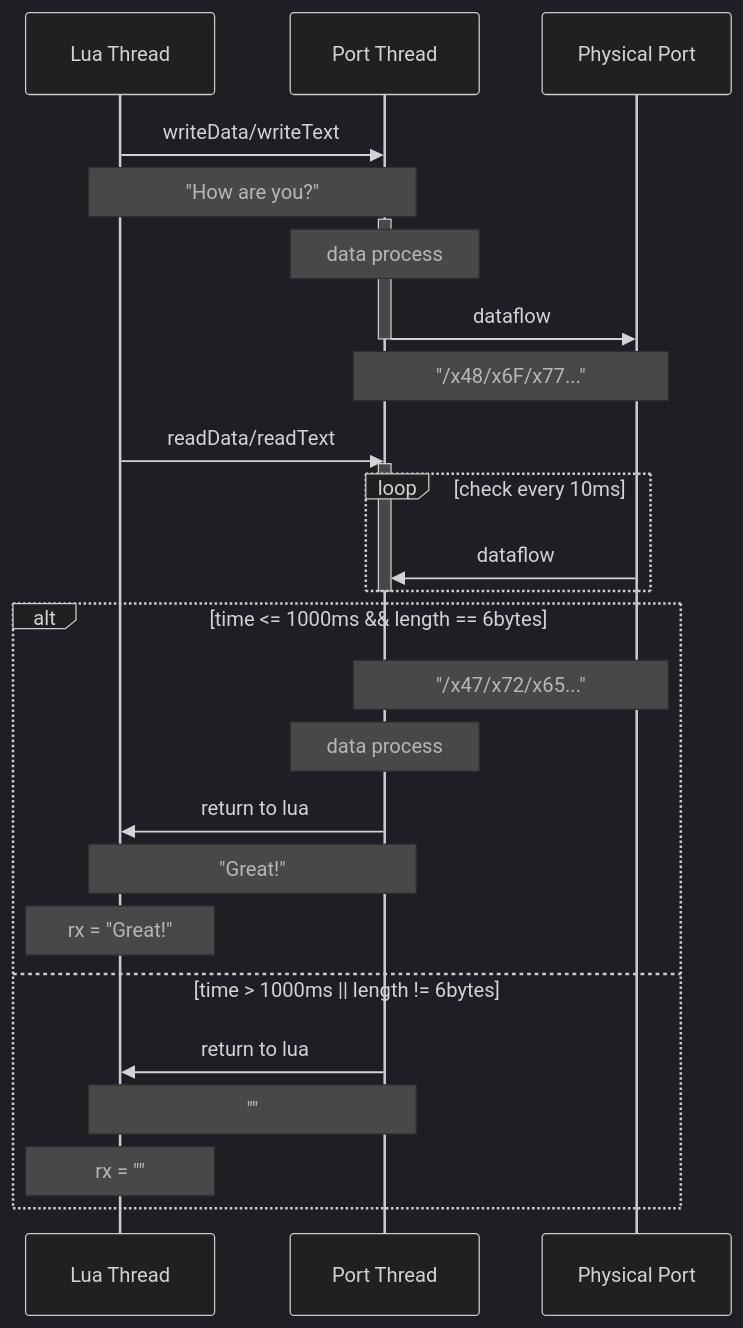
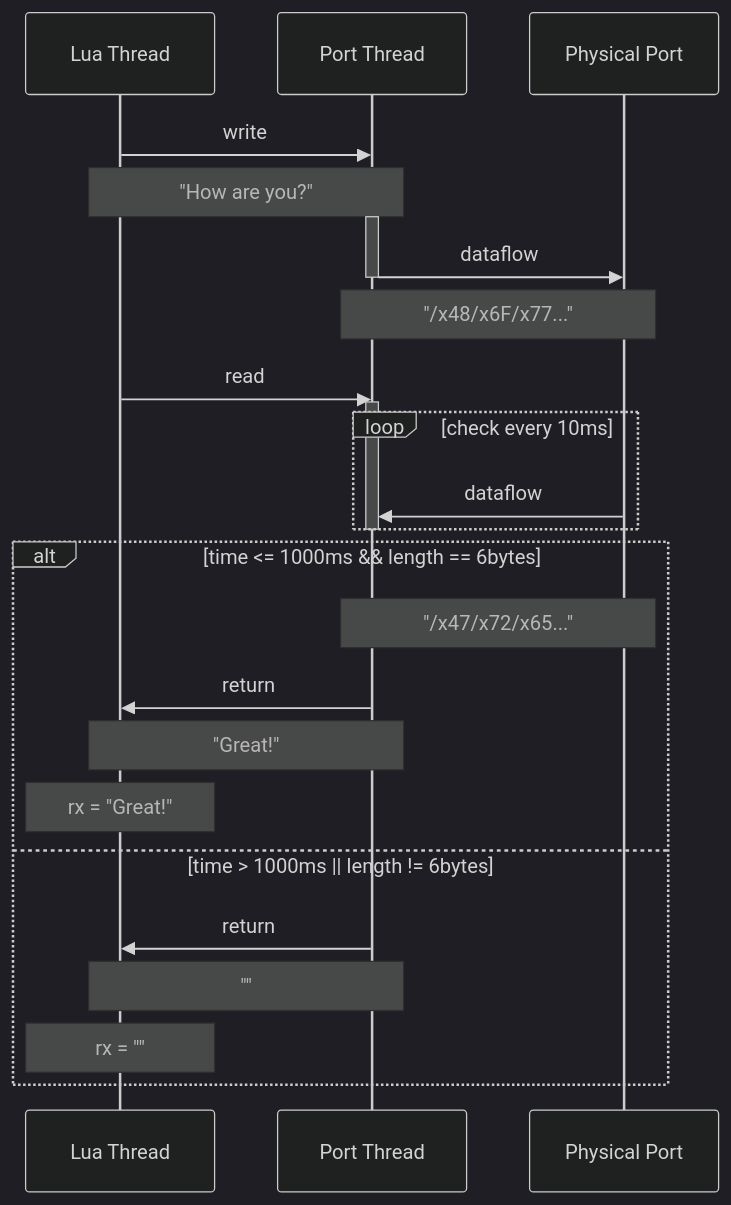
The seventh of 8 diagrams in readme.md (zyt20001205/UniComm2), drawn with Mermaid (dark theme) before and after one commit. The commit also changed other lines of this file and 1 other file, not shown here.

````diff
--- a/readme.md
+++ b/readme.md
@@ -451,31 +463,29 @@
 ```mermaid
 sequenceDiagram
     participant Lua Thread
     participant Port Thread
     participant Physical Port
-    Lua Thread ->> Port Thread: writeData/writeText
+    Lua Thread ->> Port Thread: write
     Note over Lua Thread, Port Thread: "How are you?"
     activate Port Thread
-    Note over Port Thread: data process
     Port Thread ->> Physical Port: dataflow
     deactivate Port Thread
     Note over Port Thread, Physical Port: "/x48/x6F/x77..."
-    Lua Thread ->> Port Thread: readData/readText
+    Lua Thread ->> Port Thread: read
     activate Port Thread
     loop check every 10ms
         Physical Port ->> Port Thread: dataflow
     end
     deactivate Port Thread
     alt time <= 1000ms && length == 6bytes
         Note over Port Thread, Physical Port: "/x47/x72/x65..."
-        Note over Port Thread: data process
-        Port Thread ->> Lua Thread: return to lua
+        Port Thread ->> Lua Thread: return
         Note over Lua Thread, Port Thread: "Great!"
         Note over Lua Thread: rx = "Great!"
     else time > 1000ms || length != 6bytes
-        Port Thread ->> Lua Thread: return to lua
+        Port Thread ->> Lua Thread: return
         Note over Lua Thread, Port Thread: ""
         Note over Lua Thread: rx = ""
     end
 
 ```
````
